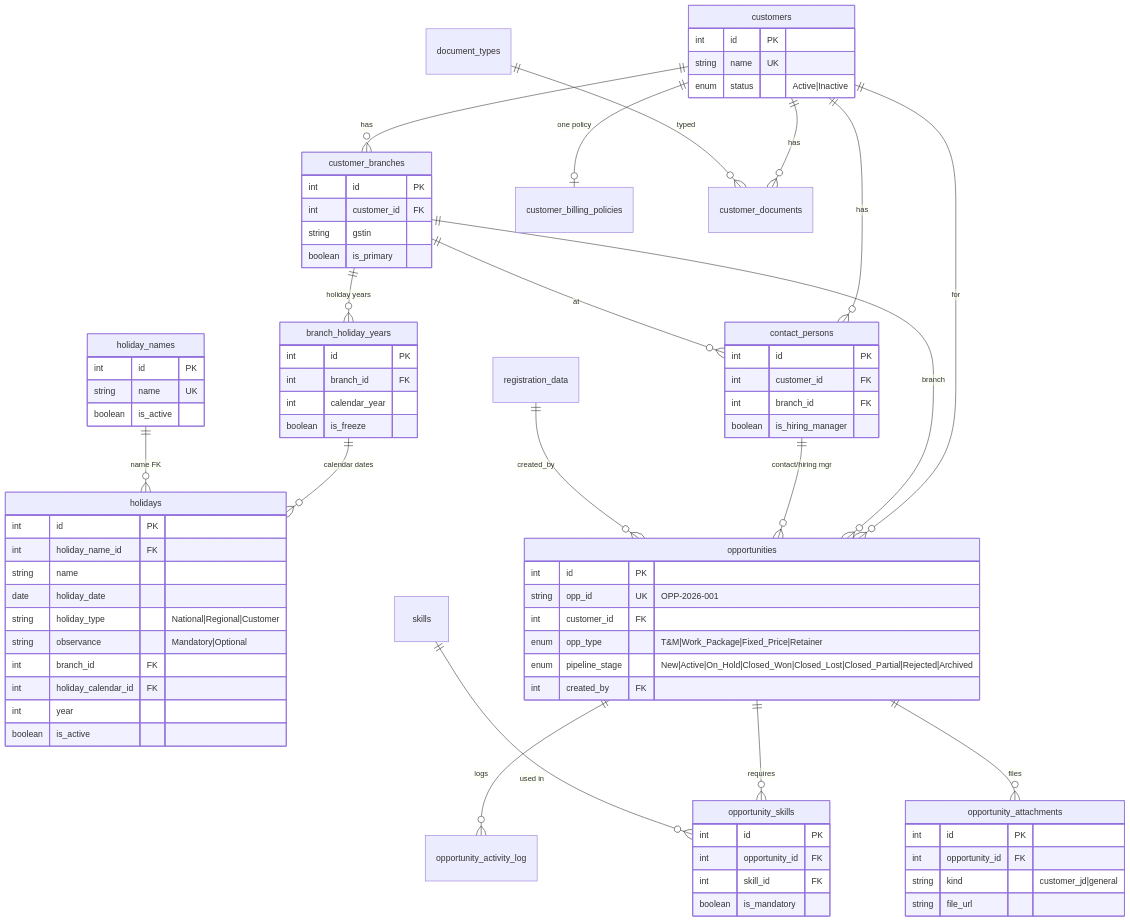
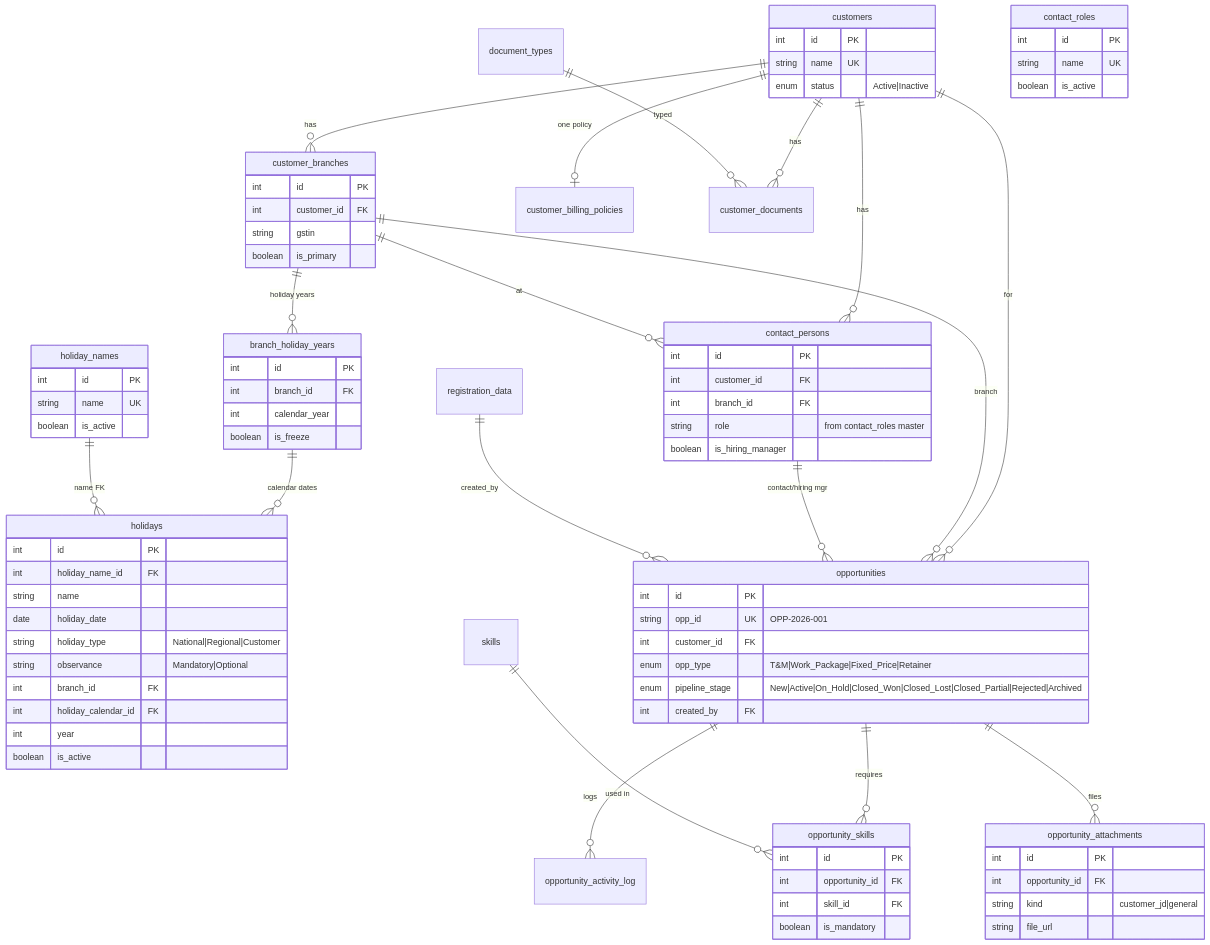
Before and after one commit to pawan-88/CRM-AI-Interview-Backend-B-V2: the third of 7 diagrams in docs/architecture/03-database-er.md, drawn with Mermaid. The commit also changed other lines of this file and 63 other files, not shown here.

```diff
--- a/docs/architecture/03-database-er.md
+++ b/docs/architecture/03-database-er.md
@@ -154,7 +154,13 @@
         int id PK
         int customer_id FK
         int branch_id FK
+        string role "from contact_roles master"
         boolean is_hiring_manager
+    }
+    contact_roles {
+        int id PK
+        string name UK
+        boolean is_active
     }
     opportunities {
         int id PK
```
